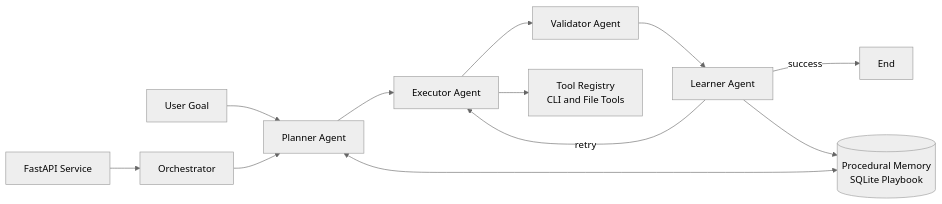
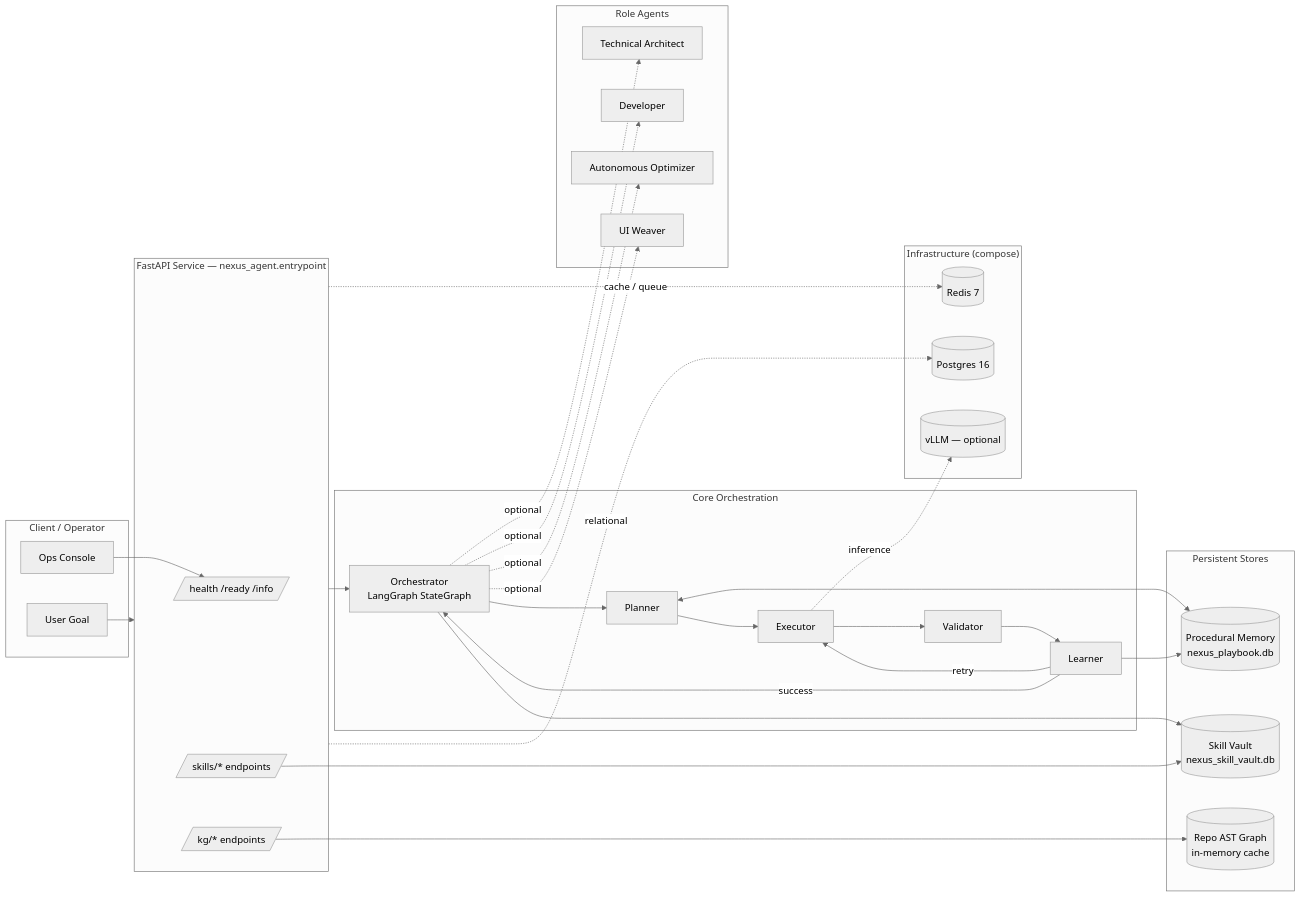
One commit to picthaisky/Nexus-Agent changed the second of 6 diagrams in README.md. Above: the diagram before and after it, drawn with Mermaid (neutral theme). The commit also changed other lines of this file, not shown here.

````diff
--- a/README.md
+++ b/README.md
@@ -70,14 +161,56 @@
 ```mermaid
 flowchart LR
-    U[User Goal] --> P[Planner Agent]
-    P --> E[Executor Agent]
-    E --> V[Validator Agent]
-    V --> L[Learner Agent]
-    L -->|success| END[End]
+    subgraph Client["Client / Operator"]
+        U[User Goal]
+        OP[Ops Console]
+    end
+
+    subgraph API["FastAPI Service — nexus_agent.entrypoint"]
+        H[/health /ready /info/]
+        KG[/kg/* endpoints/]
+        SK[/skills/* endpoints/]
+    end
+
+    subgraph Core["Core Orchestration"]
+        O[Orchestrator<br/>LangGraph StateGraph]
+        P[Planner]
+        E[Executor]
+        V[Validator]
+        L[Learner]
+    end
+
+    subgraph Roles["Role Agents"]
+        AR[Technical Architect]
+        DV[Developer]
+        OPT[Autonomous Optimizer]
+        UI[UI Weaver]
+    end
+
+    subgraph Data["Persistent Stores"]
+        PM[(Procedural Memory<br/>nexus_playbook.db)]
+        SV[(Skill Vault<br/>nexus_skill_vault.db)]
+        GR[(Repo AST Graph<br/>in-memory cache)]
+    end
+
+    subgraph Infra["Infrastructure (compose)"]
+        RD[(Redis 7)]
+        PG[(Postgres 16)]
+        VLLM[(vLLM — optional)]
+    end
+
+    U --> API
+    OP --> H
+    API --> O
+    O --> P --> E --> V --> L
     L -->|retry| E
-    P <--> M[(Procedural Memory\nSQLite Playbook)]
-    L --> M
-    E --> T[Tool Registry\nCLI and File Tools]
-    API[FastAPI Service] --> O[Orchestrator]
-    O --> P
+    L -->|success| O
+    P <--> PM
+    L --> PM
+    O --> SV
+    KG --> GR
+    SK --> SV
+    O -.optional.-> AR & DV & OPT & UI
+    API -.cache / queue.-> RD
+    API -.relational.-> PG
+    E -.inference.-> VLLM
 ```
````
